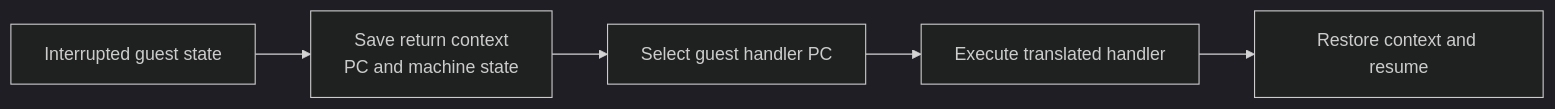
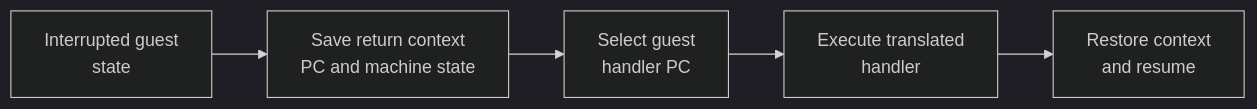
Before and after one commit to Aelbannan/boat_of_daphnes: the eighth of 8 diagrams in docs/architecture/GuestState.md, drawn with Mermaid (dark theme). The commit also changed other lines of this file and 7 other files, not shown here.

Commit message:
Wrap Mermaid diagram labels

````diff
--- a/docs/architecture/GuestState.md
+++ b/docs/architecture/GuestState.md
@@ -725,10 +731,10 @@
 ```mermaid
 flowchart LR
-    Interrupted["Interrupted guest state"]
+    Interrupted["Interrupted guest<br/>state"]
     Save["Save return context<br/>PC and machine state"]
-    Select["Select guest handler PC"]
-    Execute["Execute translated handler"]
-    Restore["Restore context and resume"]
+    Select["Select guest<br/>handler PC"]
+    Execute["Execute translated<br/>handler"]
+    Restore["Restore context<br/>and resume"]
 
     Interrupted --> Save --> Select --> Execute --> Restore
 ```
````
